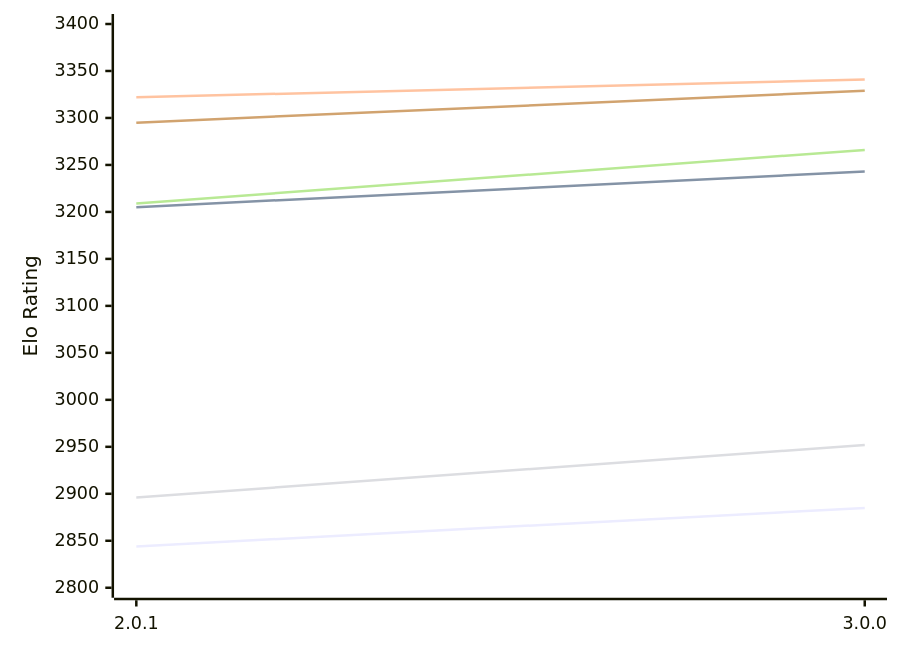
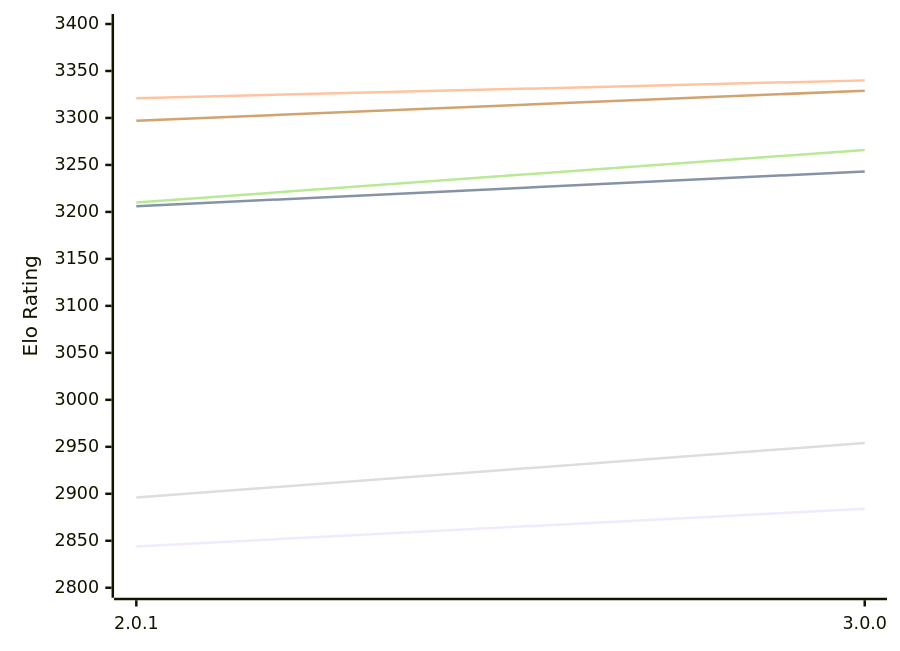
The first of 2 diagrams in engines/Grail.md (computer-chess-index/cci), drawn with Mermaid before and after one commit. The commit also changed other lines of this file, not shown here.

Commit message:
Update CCI Ratings (ELO VLTC) - 2026-11-27

````diff
--- a/engines/Grail.md
+++ b/engines/Grail.md
@@ -56,12 +56,12 @@
 ```mermaid
 %%{init: {"theme":"base","themeVariables":{"seriesColors:['#a3a3a3','#222221','#faa371']}}}%%
 xychart-beta
   x-axis ["2.0.1", "3.0.0"]
   y-axis "Elo Rating" 2800 --> 3400
-  line "E1: STC (8.0+0.08s)" [2844, 2885]
-  line "E1: LTC (60.0+0.60s)" [3205, 3243]
-  line "E1: VLTC (2m24s+1.12s)" [3322, 3341]
-  line "P1: STC (8.0+0.08s)" [2896, 2952]
-  line "P1: LTC (60.0+0.60s)" [3209, 3266]
-  line "P1: VLTC (2m24s+1.12s)" [3295, 3329]
+  line "E1: STC (8.0+0.08s)" [2844, 2884]
+  line "E1: LTC (60.0+0.60s)" [3206, 3243]
+  line "E1: VLTC (2m24s+1.12s)" [3321, 3340]
+  line "P1: STC (8.0+0.08s)" [2896, 2954]
+  line "P1: LTC (60.0+0.60s)" [3210, 3266]
+  line "P1: VLTC (2m24s+1.12s)" [3297, 3329]
 ```
````
